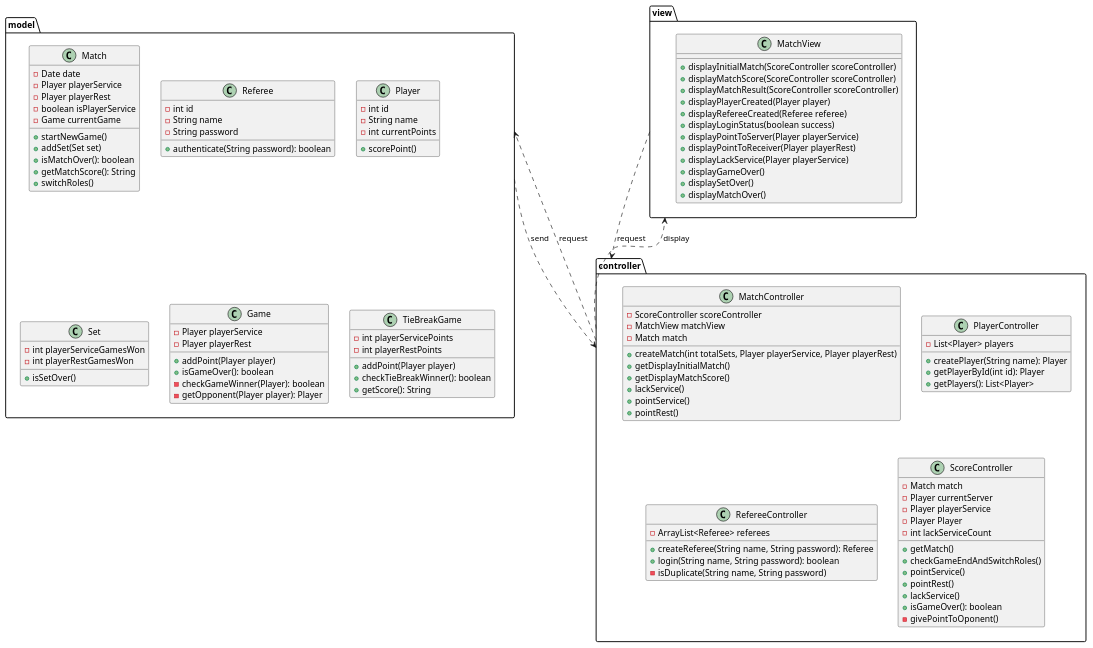
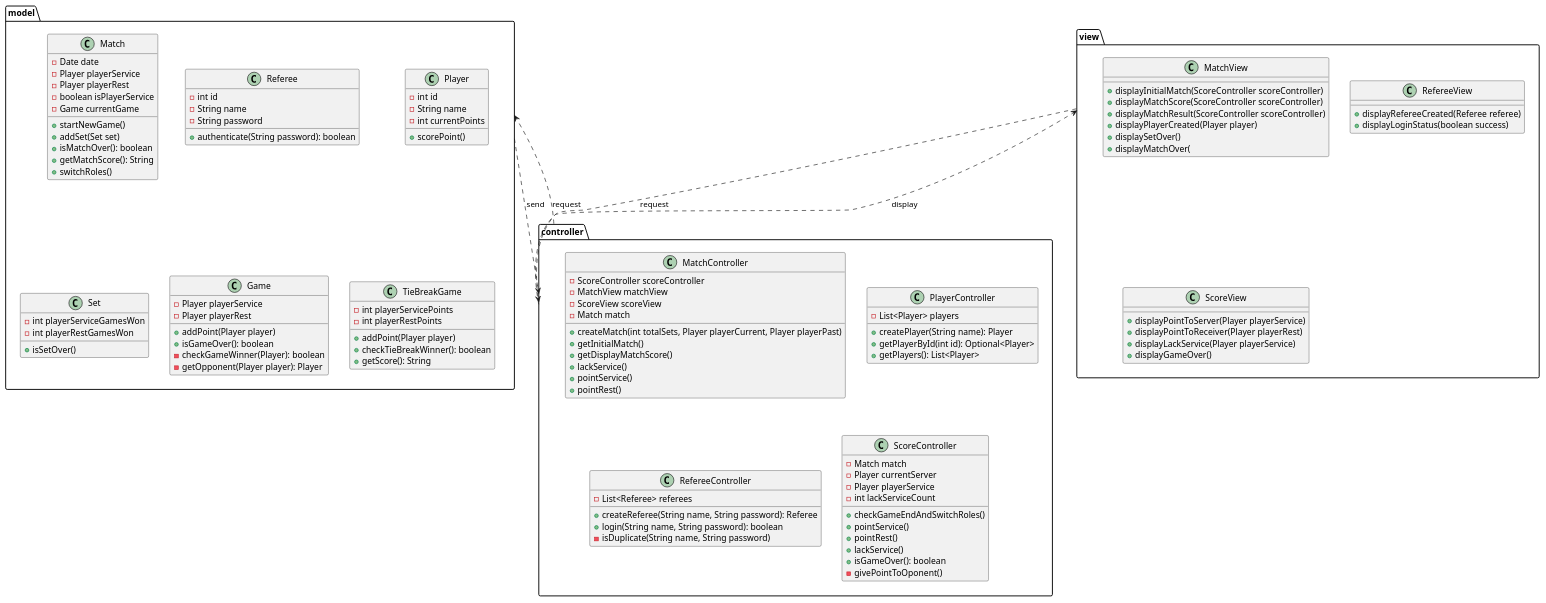
One commit to rafaelacirino/IWVG changed the diagram in docs/diagrams/MVC.plantuml. Above: the diagram before and after it, drawn with PlantUML. The commit also changed 4 other files, not shown here.

Commit message:
Refactoring MVC diagram and some classes

```diff
--- a/docs/diagrams/MVC.plantuml
+++ b/docs/diagrams/MVC.plantuml
@@ -1,133 +1,141 @@
 @startuml
 package "model" {
 
     class Match {
     - Date date
     - Player playerService
     - Player playerRest
     - boolean isPlayerService
     - Game currentGame
 
     + startNewGame()
     + addSet(Set set)
     + isMatchOver(): boolean
     + getMatchScore(): String
     + switchRoles()
     }
 
     class Referee {
     - int id
     - String name
     - String password
 
     + authenticate(String password): boolean
     }
 
     class Player {
     - int id
     - String name
     - int currentPoints
 
     + scorePoint()
     }
 
     class Set {
     - int playerServiceGamesWon
     - int playerRestGamesWon
 
     + isSetOver()
     }
 
     class Game {
     - Player playerService
     - Player playerRest
 
     + addPoint(Player player)
     + isGameOver(): boolean
     - checkGameWinner(Player): boolean
     - getOpponent(Player player): Player
     }
 
     class TieBreakGame {
     - int playerServicePoints
     - int playerRestPoints
 
     + addPoint(Player player)
     + checkTieBreakWinner(): boolean
     + getScore(): String
     }
 }
 
 package "view" {
     class MatchView {
 
     + displayInitialMatch(ScoreController scoreController)
     + displayMatchScore(ScoreController scoreController)
     + displayMatchResult(ScoreController scoreController)
     + displayPlayerCreated(Player player)
+    + displaySetOver()
+    + displayMatchOver(
+    }
+
+    class RefereeView {
+
     + displayRefereeCreated(Referee referee)
     + displayLoginStatus(boolean success)
+    }
+
+    class ScoreView {
+
     + displayPointToServer(Player playerService)
     + displayPointToReceiver(Player playerRest)
     + displayLackService(Player playerService)
     + displayGameOver()
-    + displaySetOver()
-    + displayMatchOver()
     }
+
 }
 
 package "controller" {
     class MatchController {
     - ScoreController scoreController
     - MatchView matchView
+    - ScoreView scoreView
     - Match match
 
-    + createMatch(int totalSets, Player playerService, Player playerRest)
-    + getDisplayInitialMatch()
+    + createMatch(int totalSets, Player playerCurrent, Player playerPast)
+    + getInitialMatch()
     + getDisplayMatchScore()
     + lackService()
     + pointService()
     + pointRest()
     }
 
     class PlayerController {
     - List<Player> players
 
     + createPlayer(String name): Player
-    + getPlayerById(int id): Player
+    + getPlayerById(int id): Optional<Player>
     + getPlayers(): List<Player>
     }
 
     class RefereeController {
-    - ArrayList<Referee> referees
+    - List<Referee> referees
 
     + createReferee(String name, String password): Referee
     + login(String name, String password): boolean
     - isDuplicate(String name, String password)
     }
 
     class ScoreController {
     - Match match
     - Player currentServer
     - Player playerService
-    - Player Player
     - int lackServiceCount
 
-    + getMatch()
     + checkGameEndAndSwitchRoles()
     + pointService()
     + pointRest()
     + lackService()
     + isGameOver(): boolean
     - givePointToOponent()
 
     }
 }
 
 "controller" ..> "model" : request
 "controller" ..> "view" : display
 "view" ..> "controller" : request
 "model" ..> "controller" : send
 
 
 @enduml
```
